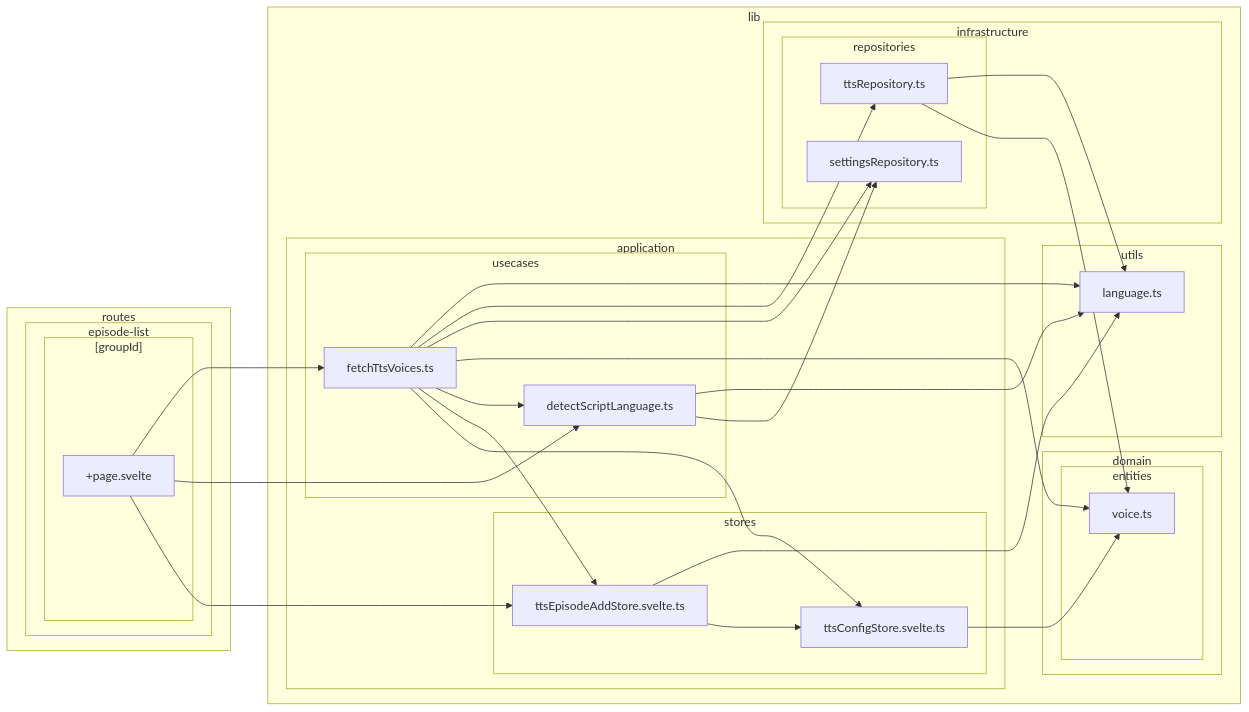
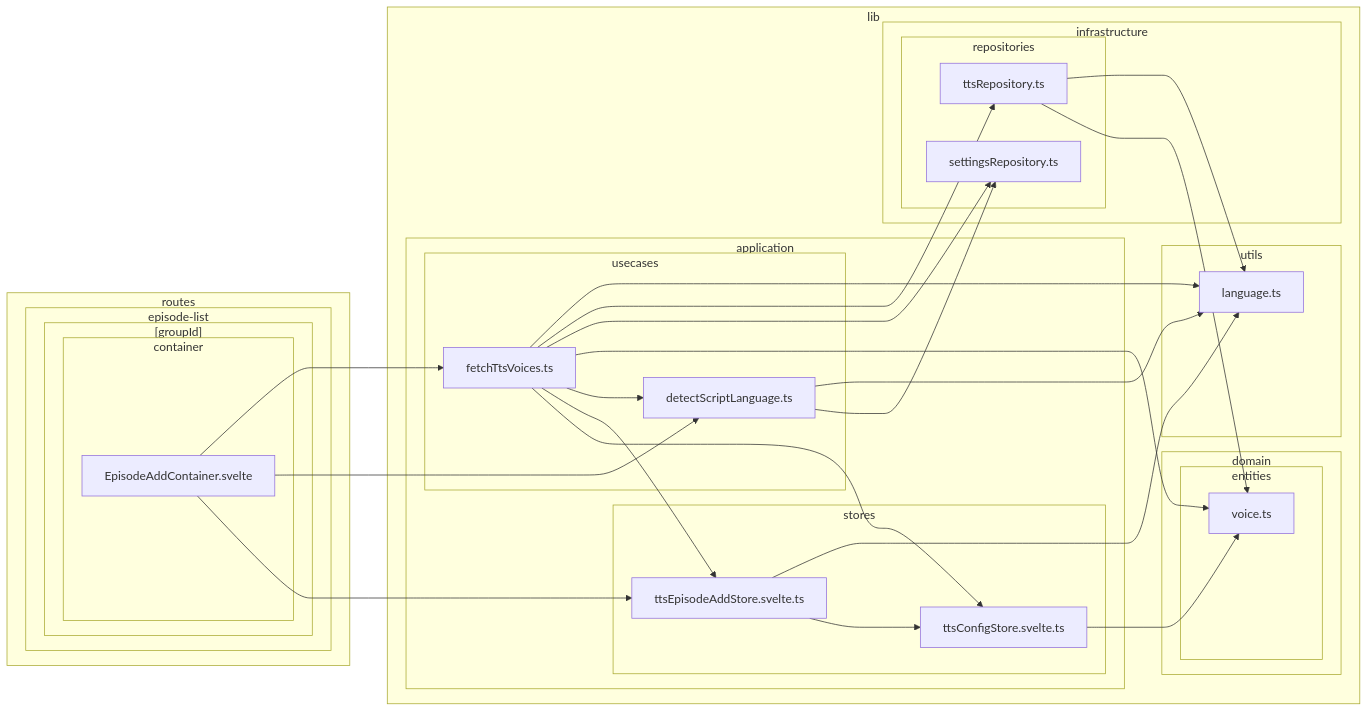
Before and after one commit to k5n/kotonoha: diagram 21 of 38 in doc/dependency-graph.md, drawn with Mermaid. The commit also changed other lines of this file, not shown here.

Commit message:
doc: Update dependency-graph

````diff
--- a/doc/dependency-graph.md
+++ b/doc/dependency-graph.md
@@ -947,53 +963,55 @@
 ```mermaid
 graph LR
         subgraph sg_lib ["lib"]
             subgraph sg_lib_application ["application"]
                 subgraph sg_lib_application_stores ["stores"]
                     src_lib_application_stores_ttsConfigStore_svelte_ts["ttsConfigStore.svelte.ts"]
                     src_lib_application_stores_ttsEpisodeAddStore_svelte_ts["ttsEpisodeAddStore.svelte.ts"]
                 end
                 subgraph sg_lib_application_usecases ["usecases"]
                     src_lib_application_usecases_detectScriptLanguage_ts["detectScriptLanguage.ts"]
                     src_lib_application_usecases_fetchTtsVoices_ts["fetchTtsVoices.ts"]
                 end
             end
             subgraph sg_lib_domain ["domain"]
                 subgraph sg_lib_domain_entities ["entities"]
                     src_lib_domain_entities_voice_ts["voice.ts"]
                 end
             end
             subgraph sg_lib_infrastructure ["infrastructure"]
                 subgraph sg_lib_infrastructure_repositories ["repositories"]
                     src_lib_infrastructure_repositories_settingsRepository_ts["settingsRepository.ts"]
                     src_lib_infrastructure_repositories_ttsRepository_ts["ttsRepository.ts"]
                 end
             end
             subgraph sg_lib_utils ["utils"]
                 src_lib_utils_language_ts["language.ts"]
             end
         end
         subgraph sg_routes ["routes"]
             subgraph sg_routes_episode_list ["episode-list"]
                 subgraph sg_routes_episode_list__groupId_ ["[groupId]"]
-                    src_routes_episode_list__groupId___page_svelte["+page.svelte"]
+                    subgraph sg_routes_episode_list__groupId__container ["container"]
+                        src_routes_episode_list__groupId__container_EpisodeAddContainer_svelte["EpisodeAddContainer.svelte"]
+                    end
                 end
             end
         end
     src_lib_application_usecases_fetchTtsVoices_ts --> src_lib_application_stores_ttsConfigStore_svelte_ts
     src_lib_application_usecases_fetchTtsVoices_ts --> src_lib_application_stores_ttsEpisodeAddStore_svelte_ts
     src_lib_application_usecases_fetchTtsVoices_ts --> src_lib_application_usecases_detectScriptLanguage_ts
     src_lib_application_usecases_fetchTtsVoices_ts --> src_lib_domain_entities_voice_ts
     src_lib_application_usecases_fetchTtsVoices_ts --> src_lib_infrastructure_repositories_settingsRepository_ts
     src_lib_application_usecases_fetchTtsVoices_ts --> src_lib_infrastructure_repositories_ttsRepository_ts
     src_lib_application_usecases_fetchTtsVoices_ts --> src_lib_utils_language_ts
     src_lib_application_stores_ttsConfigStore_svelte_ts --> src_lib_domain_entities_voice_ts
     src_lib_application_stores_ttsEpisodeAddStore_svelte_ts --> src_lib_application_stores_ttsConfigStore_svelte_ts
     src_lib_application_stores_ttsEpisodeAddStore_svelte_ts --> src_lib_utils_language_ts
     src_lib_infrastructure_repositories_ttsRepository_ts --> src_lib_domain_entities_voice_ts
     src_lib_infrastructure_repositories_ttsRepository_ts --> src_lib_utils_language_ts
     src_lib_application_usecases_detectScriptLanguage_ts --> src_lib_infrastructure_repositories_settingsRepository_ts
     src_lib_application_usecases_detectScriptLanguage_ts --> src_lib_utils_language_ts
-    src_routes_episode_list__groupId___page_svelte --> src_lib_application_stores_ttsEpisodeAddStore_svelte_ts
-    src_routes_episode_list__groupId___page_svelte --> src_lib_application_usecases_detectScriptLanguage_ts
-    src_routes_episode_list__groupId___page_svelte --> src_lib_application_usecases_fetchTtsVoices_ts
+    src_routes_episode_list__groupId__container_EpisodeAddContainer_svelte --> src_lib_application_stores_ttsEpisodeAddStore_svelte_ts
+    src_routes_episode_list__groupId__container_EpisodeAddContainer_svelte --> src_lib_application_usecases_detectScriptLanguage_ts
+    src_routes_episode_list__groupId__container_EpisodeAddContainer_svelte --> src_lib_application_usecases_fetchTtsVoices_ts
 ```
````
